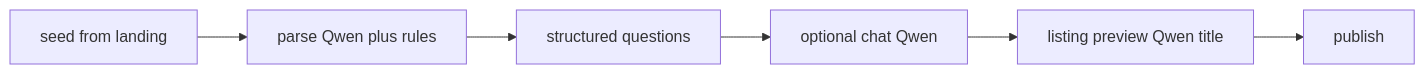
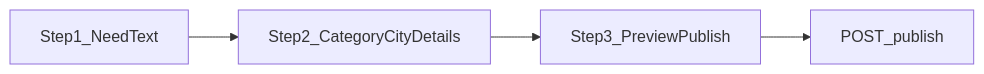
The diagram in docs/NEED_INTAKE.md (sasanappstore2/NiazFinder-main), drawn with Mermaid before and after one commit. The commit also changed other lines of this file and 887 other files, not shown here.

````diff
--- a/docs/NEED_INTAKE.md
+++ b/docs/NEED_INTAKE.md
@@ -5,10 +5,8 @@
 ```mermaid
 flowchart LR
-  seed[seed from landing]
-  parse[parse Qwen plus rules]
-  questions[structured questions]
-  chat[optional chat Qwen]
-  preview[listing preview Qwen title]
-  publish[publish]
-  seed --> parse --> questions --> chat --> preview --> publish
+  needStep[Step1_NeedText]
+  refineStep[Step2_CategoryCityDetails]
+  previewStep[Step3_PreviewPublish]
+  publishApi[POST_publish]
+  needStep --> refineStep --> previewStep --> publishApi
 ```
````
